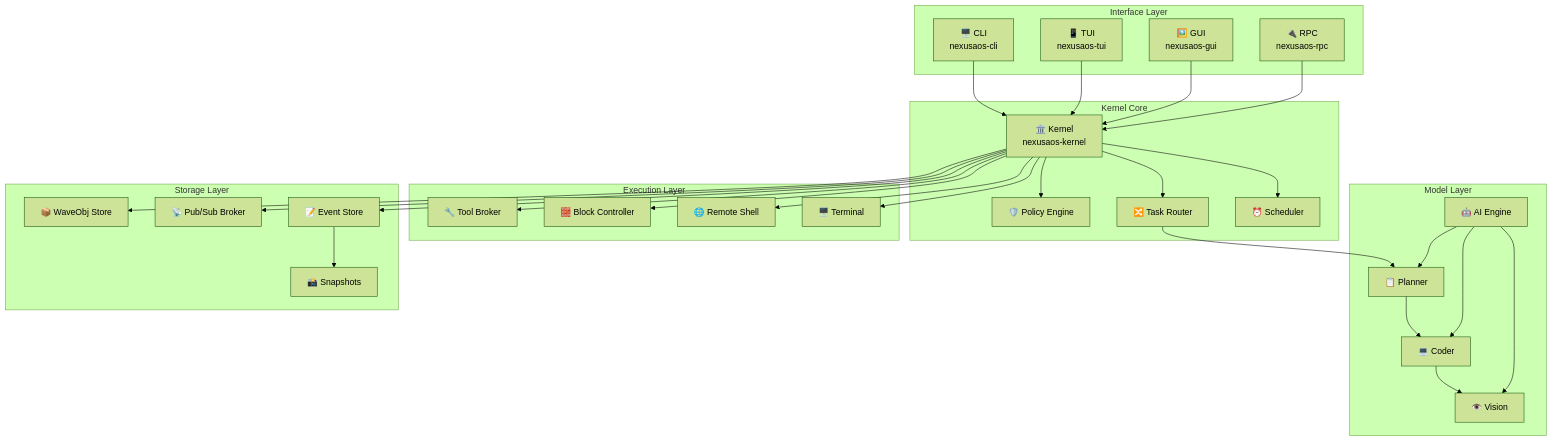
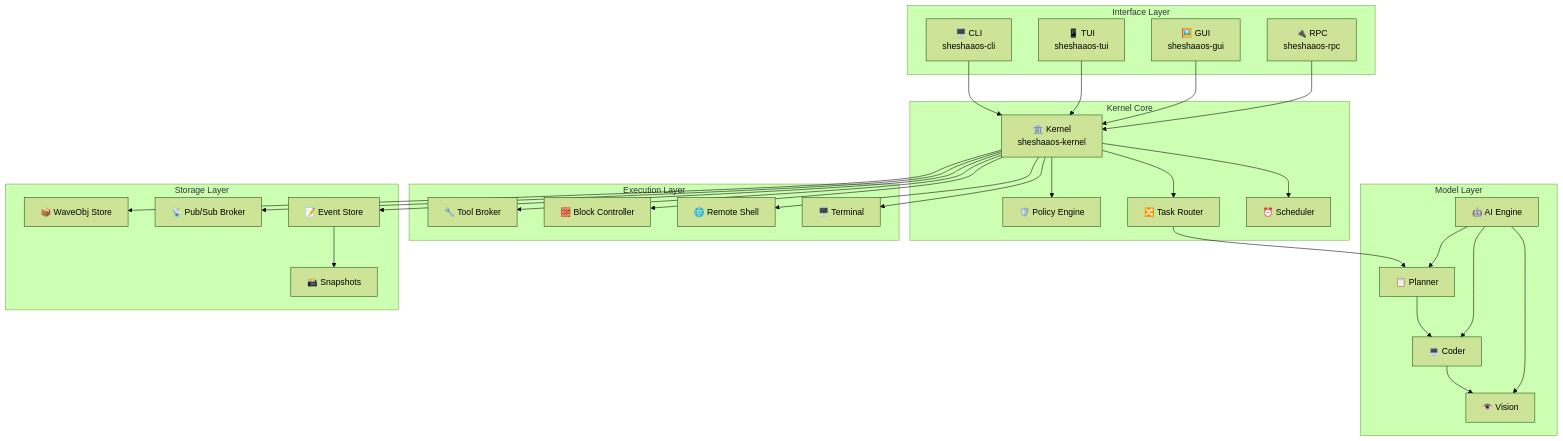
One commit to gaganjainse/SheshAOS changed the third of 5 diagrams in README.md. Above: the diagram before and after it, drawn with Mermaid (forest theme). The commit also changed other lines of this file and 214 other files, not shown here.

````diff
--- a/README.md
+++ b/README.md
@@ -244,64 +244,64 @@
 ```mermaid
 graph TB
     subgraph "Interface Layer"
-        CLI["🖥️ CLI<br/>nexusaos-cli"]
-        TUI["📱 TUI<br/>nexusaos-tui"]
-        GUI["🖼️ GUI<br/>nexusaos-gui"]
-        RPC["🔌 RPC<br/>nexusaos-rpc"]
+        CLI["🖥️ CLI<br/>sheshaaos-cli"]
+        TUI["📱 TUI<br/>sheshaaos-tui"]
+        GUI["🖼️ GUI<br/>sheshaaos-gui"]
+        RPC["🔌 RPC<br/>sheshaaos-rpc"]
     end
 
     subgraph "Kernel Core"
-        KERNEL["🏛️ Kernel<br/>nexusaos-kernel"]
+        KERNEL["🏛️ Kernel<br/>sheshaaos-kernel"]
         POLICY["🛡️ Policy Engine"]
         ROUTER["🔀 Task Router"]
         SCHEDULER["⏰ Scheduler"]
     end
 
     subgraph "Model Layer"
         PLANNER["📋 Planner"]
         CODER["💻 Coder"]
         VISION["👁️ Vision"]
         AI["🤖 AI Engine"]
     end
 
     subgraph "Execution Layer"
         TOOLS["🔧 Tool Broker"]
         BLOCKCTL["🧱 Block Controller"]
         REMOTE["🌐 Remote Shell"]
         TERMINAL["🖥️ Terminal"]
     end
 
     subgraph "Storage Layer"
         WAVEOBJ["📦 WaveObj Store"]
         WPS["📡 Pub/Sub Broker"]
         EVENTSTORE["📝 Event Store"]
         SNAPSHOT["📸 Snapshots"]
     end
 
     CLI --> KERNEL
     TUI --> KERNEL
     GUI --> KERNEL
     RPC --> KERNEL
 
     KERNEL --> POLICY
     KERNEL --> ROUTER
     KERNEL --> SCHEDULER
 
     ROUTER --> PLANNER
     PLANNER --> CODER
     CODER --> VISION
 
     KERNEL --> TOOLS
     KERNEL --> BLOCKCTL
     KERNEL --> REMOTE
     KERNEL --> TERMINAL
 
     KERNEL --> WAVEOBJ
     KERNEL --> WPS
     KERNEL --> EVENTSTORE
     EVENTSTORE --> SNAPSHOT
 
     AI --> PLANNER
     AI --> CODER
     AI --> VISION
 ```
````
